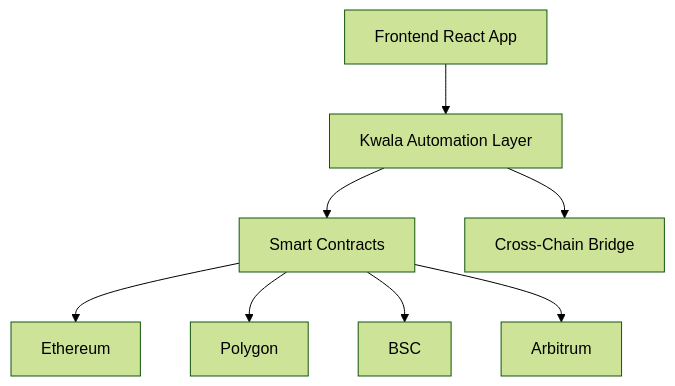
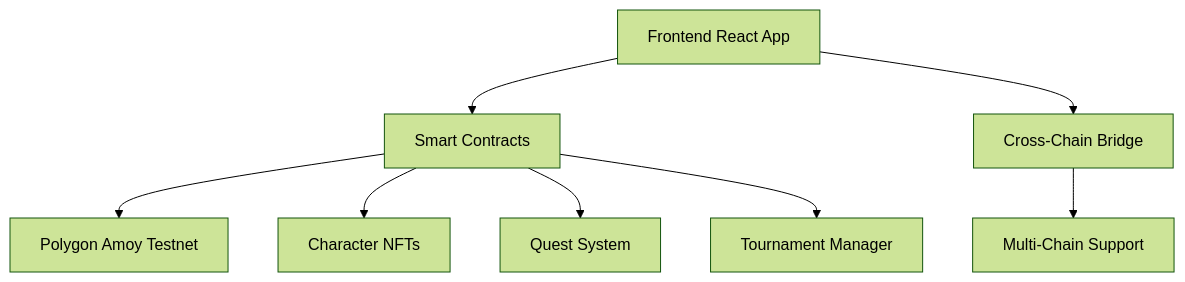
The diagram in README.md (rohitjadhav07/Kwala), drawn with Mermaid (forest theme) before and after one commit. The commit also changed other lines of this file and 21 other files, not shown here.

First line of the commit message:
Revert to Original ChainQuest Project

````diff
--- a/README.md
+++ b/README.md
@@ -48,10 +38,10 @@
 ```mermaid
 graph TB
-    A[Frontend React App] --> B[Kwala Automation Layer]
-    B --> C[Smart Contracts]
-    B --> D[Cross-Chain Bridge]
-    C --> E[Ethereum]
-    C --> F[Polygon]
-    C --> G[BSC]
-    C --> H[Arbitrum]
+    A[Frontend React App] --> B[Smart Contracts]
+    A --> C[Cross-Chain Bridge]
+    B --> D[Polygon Amoy Testnet]
+    B --> E[Character NFTs]
+    B --> F[Quest System]
+    B --> G[Tournament Manager]
+    C --> H[Multi-Chain Support]
 ```
````
